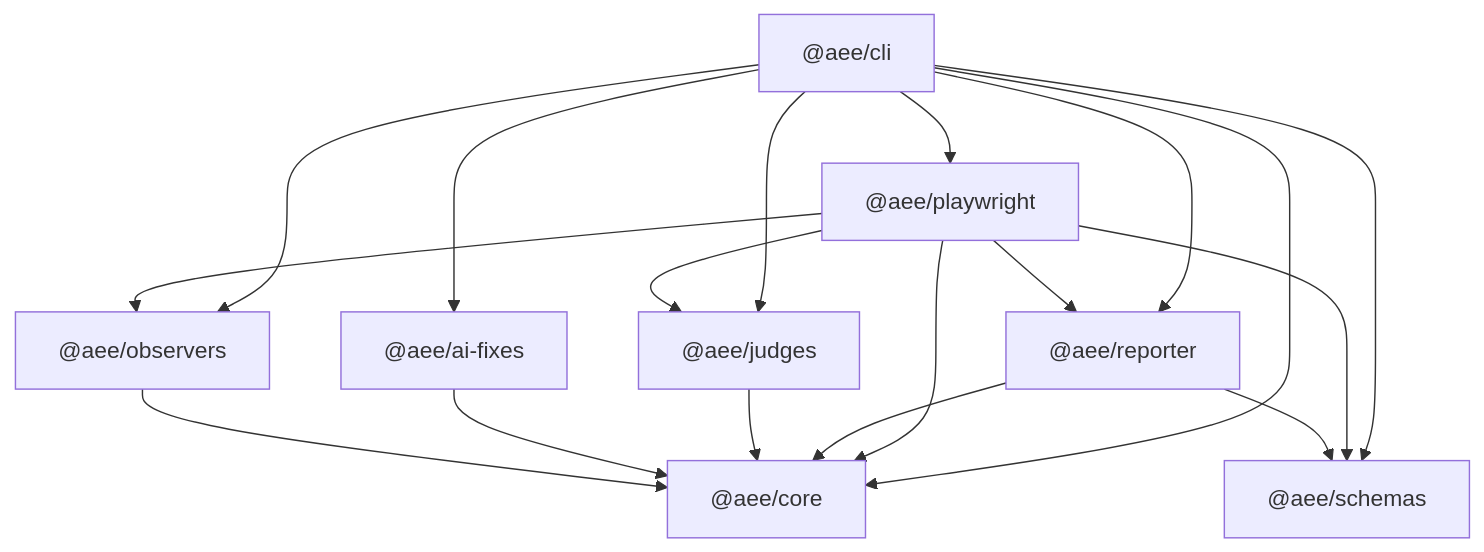
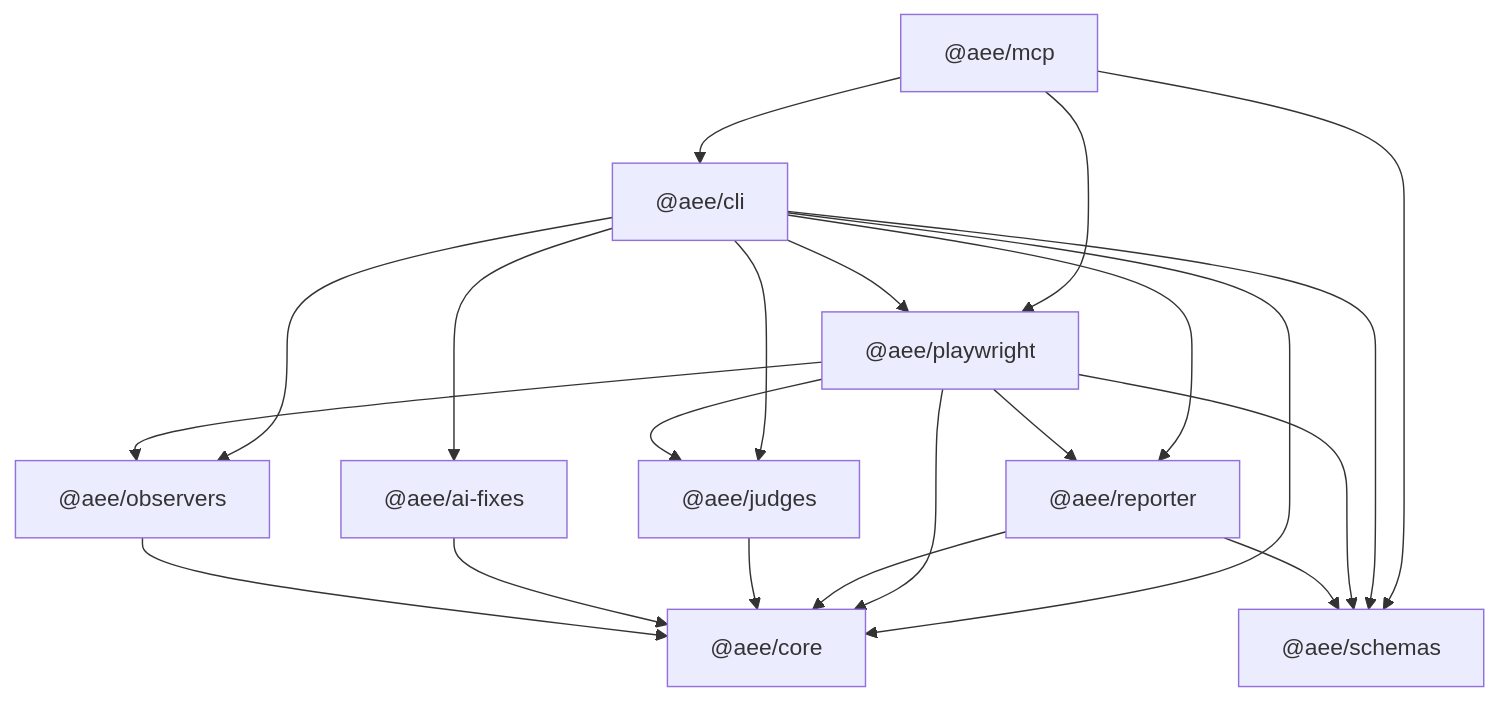
One commit to Elizabeth1979/accessibility-evidence-engine changed the diagram in docs/architecture.md. Above: the diagram before and after it, drawn with Mermaid. The commit also changed other lines of this file and 21 other files, not shown here.

First line of the commit message:
Master plan 6.1: @aee/mcp lets a coding agent explain a rule with its a11y-skills pattern (#58)

````diff
--- a/docs/architecture.md
+++ b/docs/architecture.md
@@ -62,29 +66,33 @@
 ```mermaid
 graph TD
   schemas["@aee/schemas"]
   core["@aee/core"]
   aiFixes["@aee/ai-fixes"]
   playwright["@aee/playwright"]
   observers["@aee/observers"]
   judges["@aee/judges"]
   reporter["@aee/reporter"]
   cli["@aee/cli"]
+  mcp["@aee/mcp"]
 
   observers --> core
   aiFixes --> core
   judges --> core
   reporter --> core
   reporter --> schemas
   playwright --> core
   playwright --> schemas
   playwright --> observers
   playwright --> judges
   playwright --> reporter
   cli --> core
   cli --> aiFixes
   cli --> schemas
   cli --> playwright
   cli --> observers
   cli --> judges
   cli --> reporter
+  mcp --> cli
+  mcp --> playwright
+  mcp --> schemas
 ```
````
